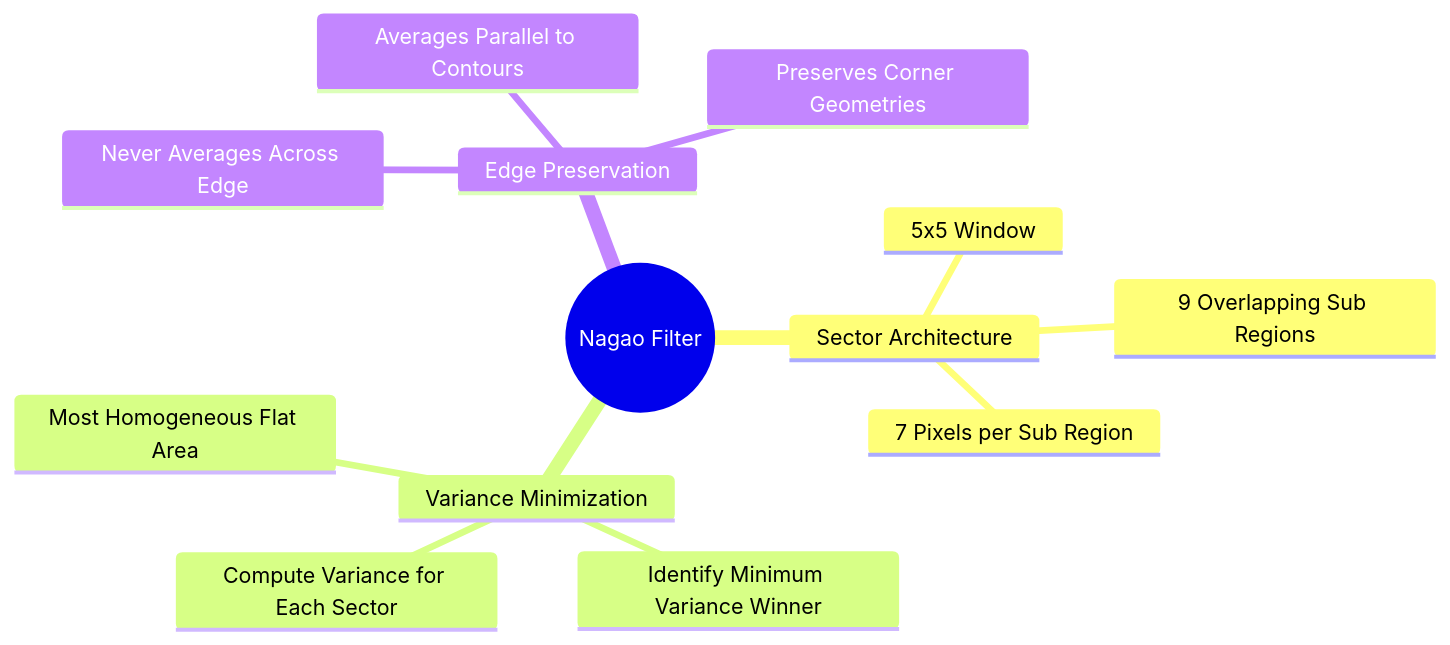
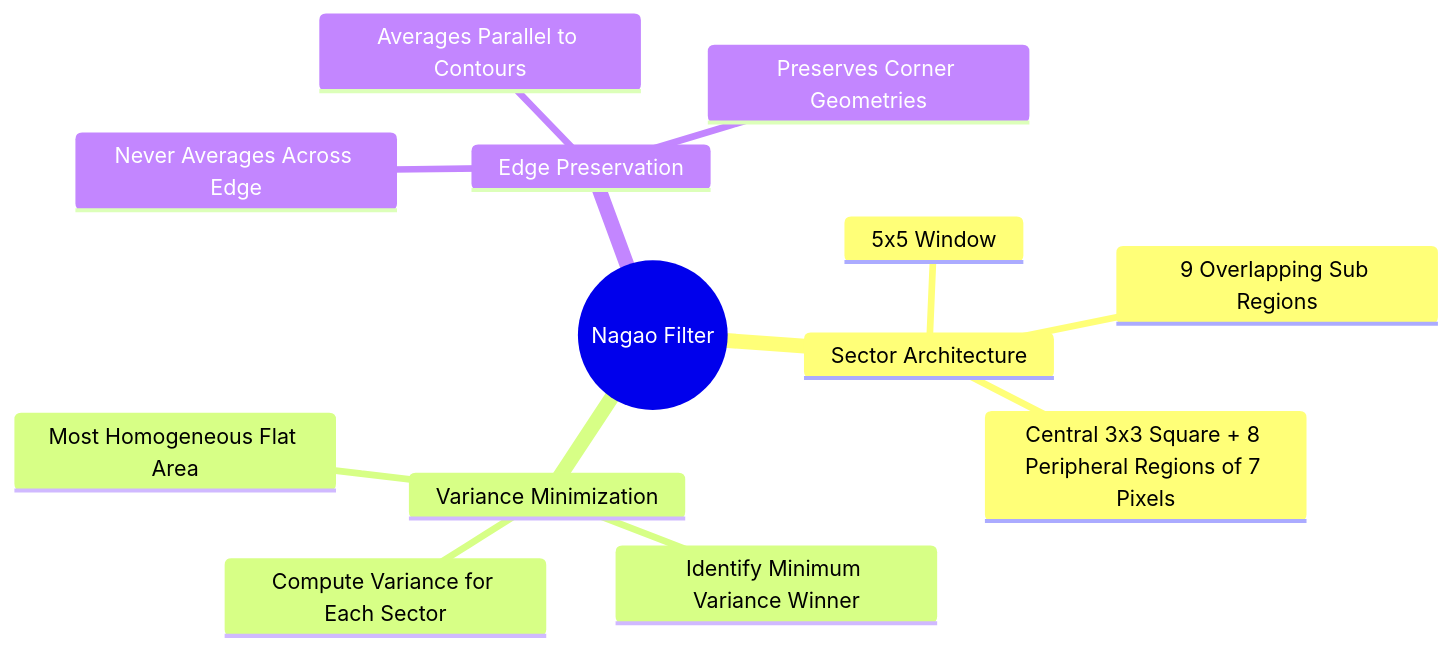
One commit to Vtheonly/UMBB-Master-1 changed the diagram in Image Processing/02. Degradation, Restoration, and Spatial Filtering/02.6. Structural Edge-Preserving Smoothing (Nagao 9-Sector Multi-Directional Filter).md. Above: the diagram before and after it, drawn with Mermaid. The commit also changed other lines of this file and 6 other files, not shown here.

````diff
--- a/Image Processing/02. Degradation, Restoration, and Spatial Filtering/02.6. Structural Edge-Preserving Smoothing (Nagao 9-Sector Multi-Directional Filter).md
+++ b/Image Processing/02. Degradation, Restoration, and Spatial Filtering/02.6. Structural Edge-Preserving Smoothing (Nagao 9-Sector Multi-Directional Filter).md
@@ -5,16 +5,16 @@
 ```mermaid
 mindmap
   root((Nagao Filter))
     Sector Architecture
       5x5 Window
       9 Overlapping Sub Regions
-      7 Pixels per Sub Region
+      Central 3x3 Square + 8 Peripheral Regions of 7 Pixels
     Variance Minimization
       Compute Variance for Each Sector
       Identify Minimum Variance Winner
       Most Homogeneous Flat Area
     Edge Preservation
       Never Averages Across Edge
       Averages Parallel to Contours
       Preserves Corner Geometries
 ```
````
